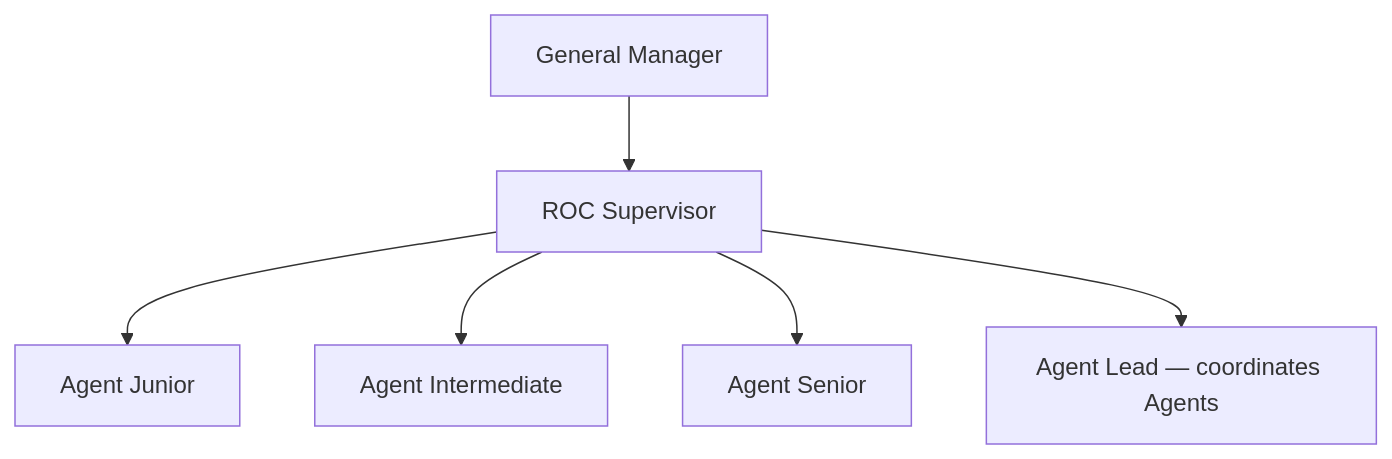
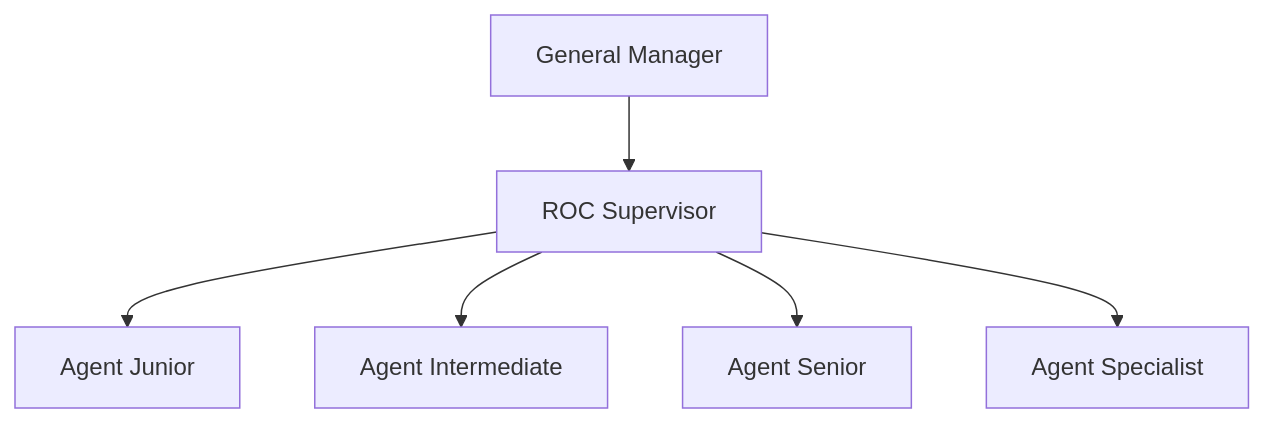
The diagram in docs/org/org-chart.md (r-gismondi/marine-technologies-roc), drawn with Mermaid before and after one commit. The commit also changed other lines of this file and 15 other files, not shown here.

First line of the commit message:
Replace Agent Lead with Agent Specialist as the top IC level

````diff
--- a/docs/org/org-chart.md
+++ b/docs/org/org-chart.md
@@ -11,10 +11,10 @@
 ```mermaid
 flowchart TB
   GM[General Manager]
   SUP[ROC Supervisor]
   GM --> SUP
   SUP --> AJ[Agent Junior]
   SUP --> AI[Agent Intermediate]
   SUP --> AS[Agent Senior]
-  SUP --> AL[Agent Lead — coordinates Agents]
+  SUP --> ASP[Agent Specialist]
 ```
````
